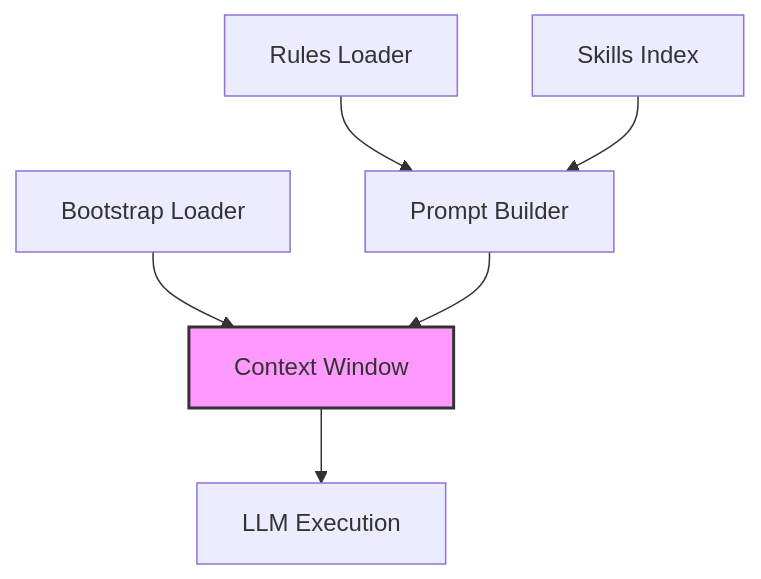
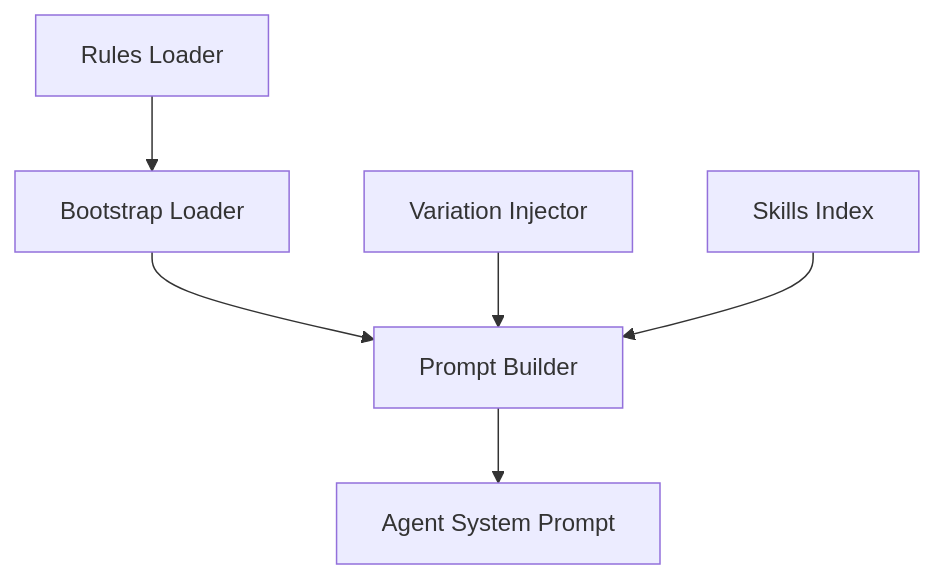
Before and after one commit to Zeeeepa/code-buddy: the diagram in .codebuddy/docs/3p-prompts-context-window-management.md, drawn with Mermaid. The commit also changed other lines of this file and 29 other files, not shown here.

````diff
--- a/.codebuddy/docs/3p-prompts-context-window-management.md
+++ b/.codebuddy/docs/3p-prompts-context-window-management.md
@@ -5,9 +7,8 @@
 ```mermaid
 graph TD
-    Rules[Rules Loader] --> Builder[Prompt Builder]
-    Skills[Skills Index] --> Builder
-    Bootstrap[Bootstrap Loader] --> Context[Context Window]
-    Builder --> Context
-    Context --> LLM[LLM Execution]
-    style Context fill:#f9f,stroke:#333,stroke-width:2px
+    A[Rules Loader] --> B[Bootstrap Loader]
+    B --> C[Prompt Builder]
+    C --> D[Agent System Prompt]
+    E[Variation Injector] --> C
+    F[Skills Index] --> C
 ```
````
